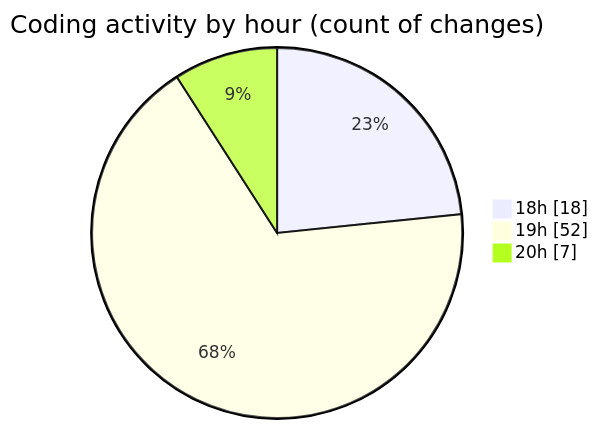
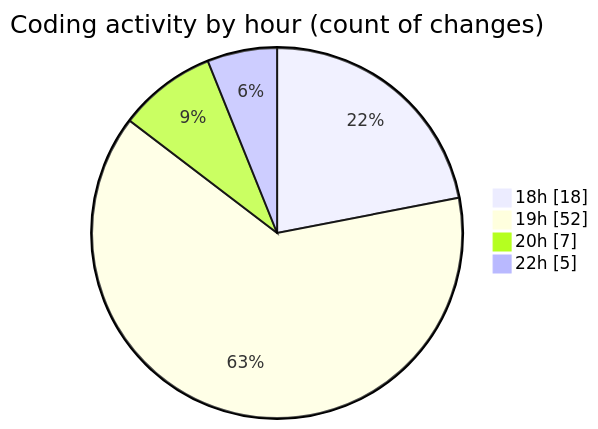
The second of 2 diagrams in 2025-01-03/my-code-activity-ext/README.md (ernivani/code-tracking), drawn with Mermaid before and after one commit. The commit also changed other lines of this file and 6 other files, not shown here.

````diff
--- a/2025-01-03/my-code-activity-ext/README.md
+++ b/2025-01-03/my-code-activity-ext/README.md
@@ -45,7 +46,8 @@
 ```mermaid
 pie showData
 title Coding activity by hour (count of changes)
 "18h" : 18
 "19h" : 52
 "20h" : 7
+"22h" : 5
 ```
````
